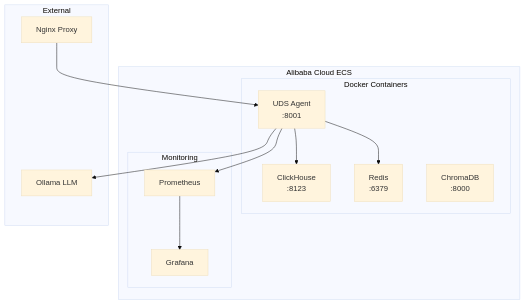
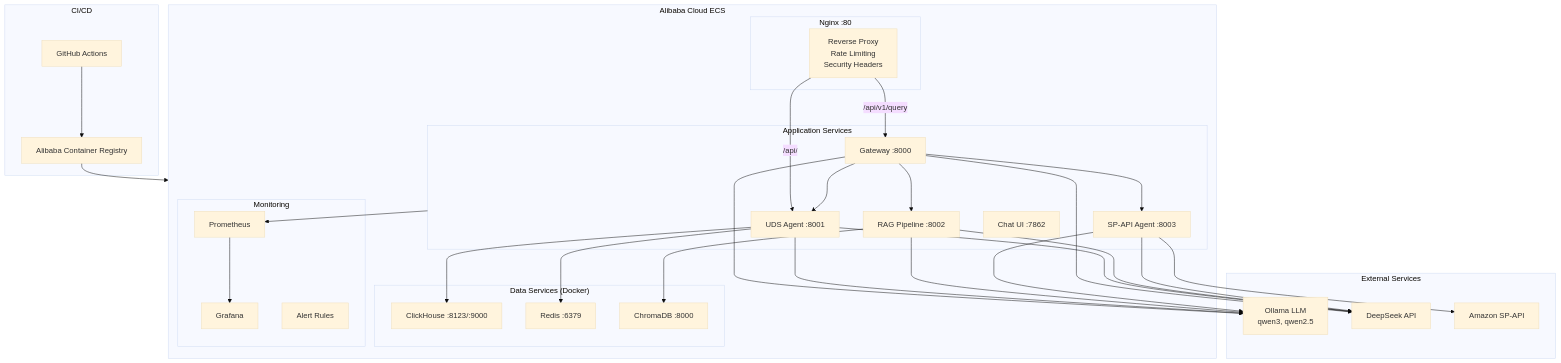
One commit to lenhop/IC-RAG-Agent changed diagram 11 of 12 in docs/FRAMEWORK.md. Above: the diagram before and after it, drawn with Mermaid (base theme). The commit also changed other lines of this file and 23 other files, not shown here.

````diff
--- a/docs/FRAMEWORK.md
+++ b/docs/FRAMEWORK.md
@@ -374,28 +506,49 @@
 ```mermaid
 flowchart TB
     subgraph Cloud["Alibaba Cloud ECS"]
-        subgraph Containers["Docker Containers"]
-            UDS[UDS Agent<br/>:8001]
-            CH[ClickHouse<br/>:8123]
-            R[Redis<br/>:6379]
-            Chroma[ChromaDB<br/>:8000]
+        subgraph Nginx_LB["Nginx :80"]
+            LB[Reverse Proxy<br/>Rate Limiting<br/>Security Headers]
+        end
+
+        subgraph AppServices["Application Services"]
+            GW[Gateway :8000]
+            UDS[UDS Agent :8001]
+            RAG[RAG Pipeline :8002]
+            SP[SP-API Agent :8003]
+            ChatUI[Chat UI :7862]
+        end
+
+        subgraph DataServices["Data Services (Docker)"]
+            CH[ClickHouse :8123/:9000]
+            R[Redis :6379]
+            Chroma[ChromaDB :8000]
         end
 
         subgraph Monitoring["Monitoring"]
             Prom[Prometheus]
             Graf[Grafana]
+            Alerts[Alert Rules]
         end
     end
 
-    subgraph External
-        Ollama[Ollama LLM]
-        Nginx[Nginx Proxy]
+    subgraph External["External Services"]
+        Ollama[Ollama LLM<br/>qwen3, qwen2.5]
+        DeepSeekAPI[DeepSeek API]
+        AmazonAPI[Amazon SP-API]
     end
 
-    Nginx --> UDS
-    UDS --> CH
-    UDS --> R
-    UDS --> Ollama
-    UDS --> Prom
-    Prom --> Graf
+    subgraph CI["CI/CD"]
+        GHA[GitHub Actions]
+        ACR[Alibaba Container Registry]
+    end
+
+    LB -->|/api/v1/query| GW
+    LB -->|/api/| UDS
+    GW --> RAG & UDS & SP
+    RAG --> Chroma
+    UDS --> CH & R
+    SP --> AmazonAPI
+    GW & UDS & RAG & SP --> Ollama & DeepSeekAPI
+    AppServices --> Prom --> Graf
+    GHA --> ACR --> Cloud
 ```
````
